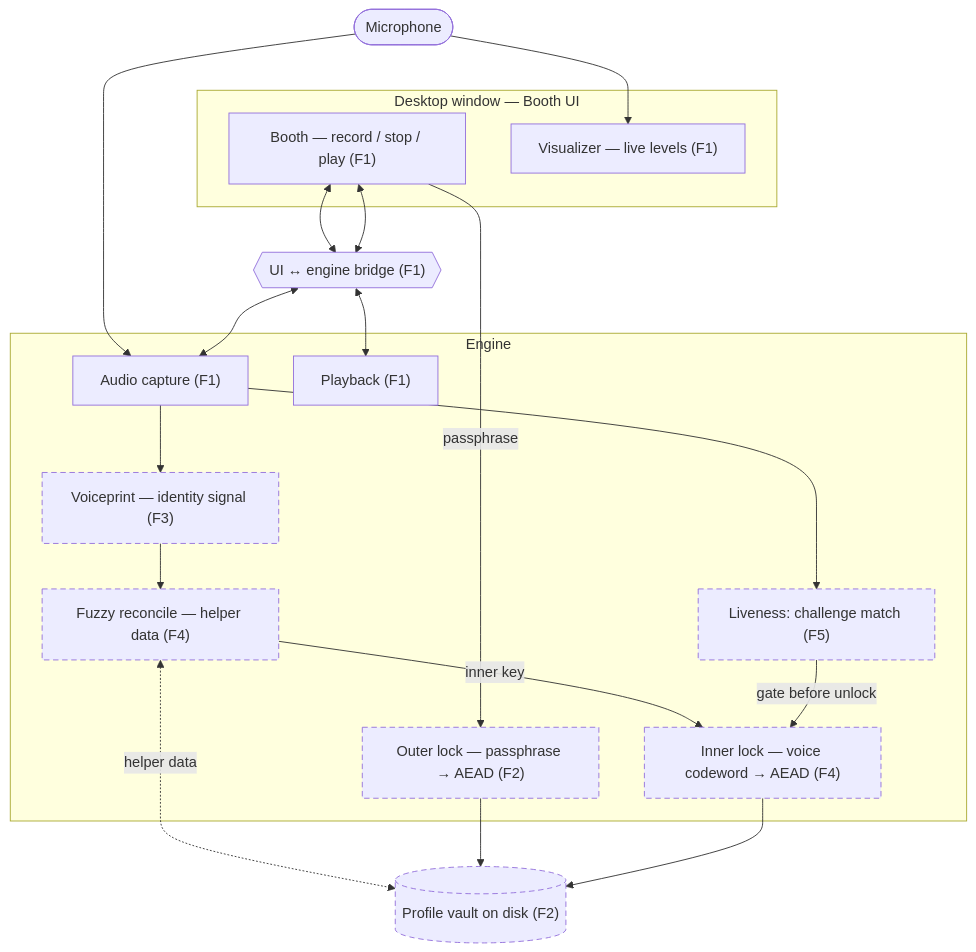
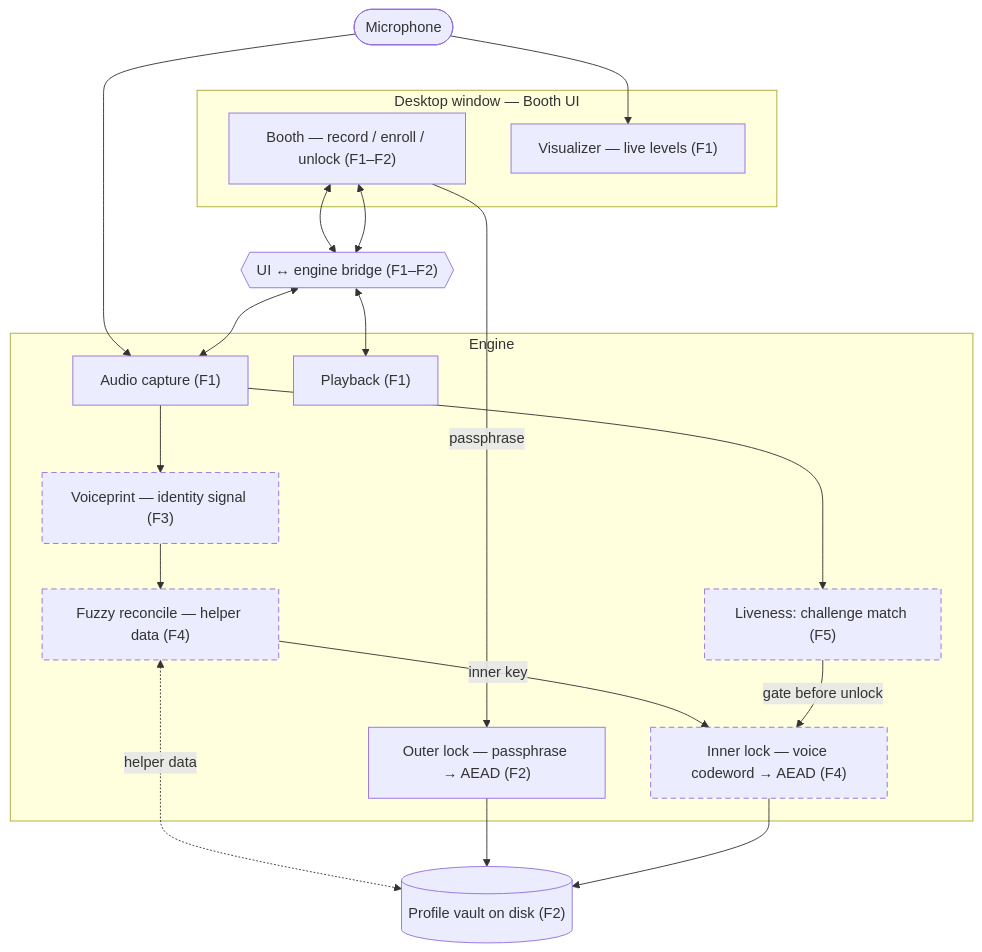
Before and after one commit to Vziraka/voicelock: the diagram in .harness/memory/codebase-map.md, drawn with Mermaid. The commit also changed other lines of this file and 4 other files, not shown here.

````diff
--- a/.harness/memory/codebase-map.md
+++ b/.harness/memory/codebase-map.md
@@ -11,40 +11,40 @@
 ```mermaid
 flowchart TB
     Mic([Microphone])
 
     subgraph Window["Desktop window — Booth UI"]
-        Booth["Booth — record / stop / play (F1)"]
+        Booth["Booth — record / enroll / unlock (F1–F2)"]
         Viz["Visualizer — live levels (F1)"]
     end
 
-    Bridge{{"UI ↔ engine bridge (F1)"}}
+    Bridge{{"UI ↔ engine bridge (F1–F2)"}}
 
     subgraph Engine["Engine"]
         Capture["Audio capture (F1)"]
         Playback["Playback (F1)"]
         Voiceprint["Voiceprint — identity signal (F3)"]
         Challenge["Liveness: challenge match (F5)"]
         Fuzzy["Fuzzy reconcile — helper data (F4)"]
         Outer["Outer lock — passphrase → AEAD (F2)"]
         Inner["Inner lock — voice codeword → AEAD (F4)"]
     end
 
     Vault[("Profile vault on disk (F2)")]
 
     Mic --> Viz
     Mic --> Capture
     Booth <--> Bridge <--> Capture
     Booth <--> Bridge <--> Playback
     Booth -- "passphrase" --> Outer
     Capture --> Voiceprint
     Capture --> Challenge
     Voiceprint --> Fuzzy
     Fuzzy -- "inner key" --> Inner
     Fuzzy <-. "helper data" .-> Vault
     Outer --> Vault
     Inner --> Vault
     Challenge -- "gate before unlock" --> Inner
 
     classDef planned stroke-dasharray:6 4
-    class Voiceprint,Challenge,Fuzzy,Outer,Inner,Vault planned
+    class Voiceprint,Challenge,Fuzzy,Inner planned
 ```
````
